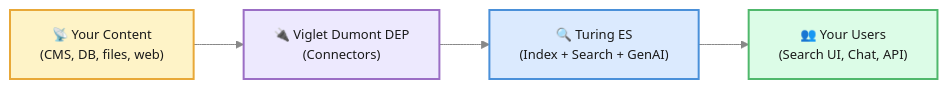
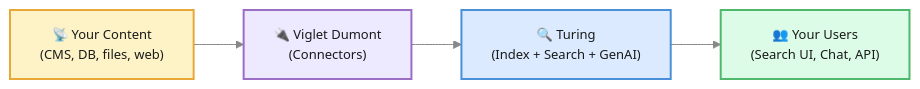
The diagram in docs-turing/getting-started/intro.md (openviglet/docs), drawn with Mermaid before and after one commit. The commit also changed other lines of this file and 157 other files, not shown here.

````diff
--- a/docs-turing/getting-started/intro.md
+++ b/docs-turing/getting-started/intro.md
@@ -35,20 +35,20 @@
 ```mermaid
 %%{init: {'theme': 'base', 'themeVariables': {'fontSize': '13px', 'primaryColor': '#fff', 'primaryBorderColor': '#c0c0c0', 'lineColor': '#888', 'textColor': '#333'}}}%%
 graph LR
     A["📡 Your Content\n(CMS, DB, files, web)"]
-    B["🔌 Viglet Dumont DEP\n(Connectors)"]
-    C["🔍 Turing ES\n(Index + Search + GenAI)"]
+    B["🔌 Viglet Dumont\n(Connectors)"]
+    C["🔍 Turing\n(Index + Search + GenAI)"]
     D["👥 Your Users\n(Search UI, Chat, API)"]
 
     A --> B --> C --> D
 
     classDef blue fill:#dbeafe,stroke:#4A90D9,stroke-width:2px,color:#1a1a1a
     classDef green fill:#dcfce7,stroke:#50B86C,stroke-width:2px,color:#1a1a1a
     classDef purple fill:#ede9fe,stroke:#9B6EC5,stroke-width:2px,color:#1a1a1a
     classDef amber fill:#fef3c7,stroke:#E8A838,stroke-width:2px,color:#1a1a1a
 
     class A amber
     class B purple
     class C blue
     class D green
 ```
````
